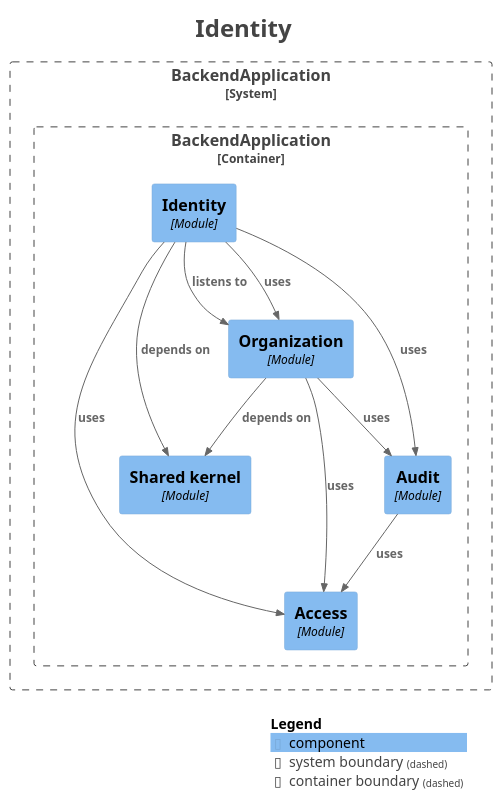
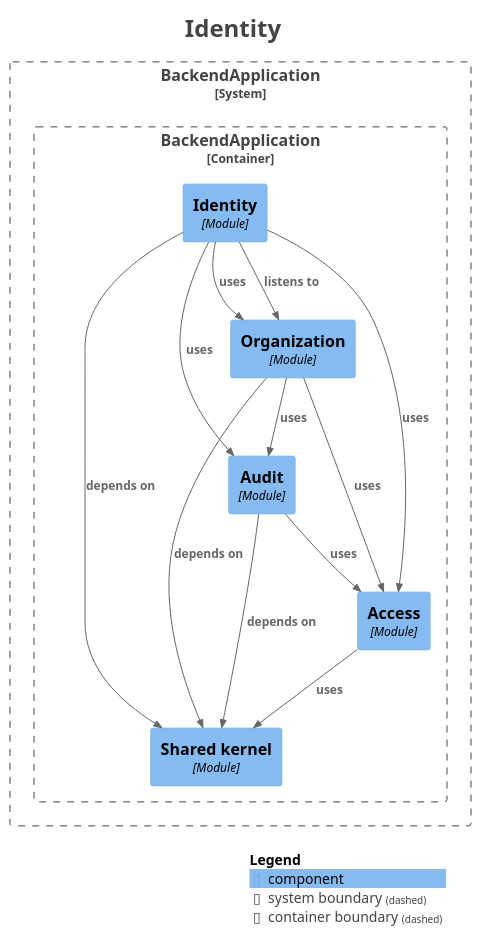
One commit to fxavier/restaurantePRO changed the diagram in docs/architecture/modules/module-identity.puml. Above: the diagram before and after it, drawn with PlantUML. The commit also changed 28 other files, not shown here.

First line of the commit message:
docs(architecture): regenerate the Modulith module docs for R3

```diff
--- a/docs/architecture/modules/module-identity.puml
+++ b/docs/architecture/modules/module-identity.puml
@@ -1,41 +1,43 @@
 @startuml
 title <size:24>Identity</size>
 
 set separator none
 top to bottom direction
 
 <style>
   root {
     BackgroundColor: #ffffff
     FontColor: #444444
   }
 </style>
 
 !include <C4/C4>
 !include <C4/C4_Context>
 !include <C4/C4_Component>
 
 System_Boundary("BackendApplication_boundary", "BackendApplication", $tags="") {
   Container_Boundary("BackendApplication.BackendApplication_boundary", "BackendApplication", $tags="") {
     Component(BackendApplication.BackendApplication.Identity, "Identity", $techn="Module", $descr="", $tags="", $link="")
+    Component(BackendApplication.BackendApplication.Sharedkernel, "Shared kernel", $techn="Module", $descr="", $tags="", $link="")
     Component(BackendApplication.BackendApplication.Access, "Access", $techn="Module", $descr="", $tags="", $link="")
-    Component(BackendApplication.BackendApplication.Sharedkernel, "Shared kernel", $techn="Module", $descr="", $tags="", $link="")
     Component(BackendApplication.BackendApplication.Audit, "Audit", $techn="Module", $descr="", $tags="", $link="")
     Component(BackendApplication.BackendApplication.Organization, "Organization", $techn="Module", $descr="", $tags="", $link="")
   }
 
 }
 
-Rel(BackendApplication.BackendApplication.Audit, BackendApplication.BackendApplication.Access, "uses", $techn="", $tags="", $link="")
-Rel(BackendApplication.BackendApplication.Identity, BackendApplication.BackendApplication.Organization, "listens to", $techn="", $tags="", $link="")
-Rel(BackendApplication.BackendApplication.Identity, BackendApplication.BackendApplication.Sharedkernel, "depends on", $techn="", $tags="", $link="")
-Rel(BackendApplication.BackendApplication.Identity, BackendApplication.BackendApplication.Audit, "uses", $techn="", $tags="", $link="")
-Rel(BackendApplication.BackendApplication.Identity, BackendApplication.BackendApplication.Access, "uses", $techn="", $tags="", $link="")
-Rel(BackendApplication.BackendApplication.Identity, BackendApplication.BackendApplication.Organization, "uses", $techn="", $tags="", $link="")
 Rel(BackendApplication.BackendApplication.Organization, BackendApplication.BackendApplication.Sharedkernel, "depends on", $techn="", $tags="", $link="")
 Rel(BackendApplication.BackendApplication.Organization, BackendApplication.BackendApplication.Audit, "uses", $techn="", $tags="", $link="")
 Rel(BackendApplication.BackendApplication.Organization, BackendApplication.BackendApplication.Access, "uses", $techn="", $tags="", $link="")
+Rel(BackendApplication.BackendApplication.Audit, BackendApplication.BackendApplication.Sharedkernel, "depends on", $techn="", $tags="", $link="")
+Rel(BackendApplication.BackendApplication.Audit, BackendApplication.BackendApplication.Access, "uses", $techn="", $tags="", $link="")
+Rel(BackendApplication.BackendApplication.Access, BackendApplication.BackendApplication.Sharedkernel, "uses", $techn="", $tags="", $link="")
+Rel(BackendApplication.BackendApplication.Identity, BackendApplication.BackendApplication.Organization, "listens to", $techn="", $tags="", $link="")
+Rel(BackendApplication.BackendApplication.Identity, BackendApplication.BackendApplication.Sharedkernel, "depends on", $techn="", $tags="", $link="")
+Rel(BackendApplication.BackendApplication.Identity, BackendApplication.BackendApplication.Access, "uses", $techn="", $tags="", $link="")
+Rel(BackendApplication.BackendApplication.Identity, BackendApplication.BackendApplication.Audit, "uses", $techn="", $tags="", $link="")
+Rel(BackendApplication.BackendApplication.Identity, BackendApplication.BackendApplication.Organization, "uses", $techn="", $tags="", $link="")
 
 SHOW_LEGEND(true)
 hide stereotypes
 @enduml
```
